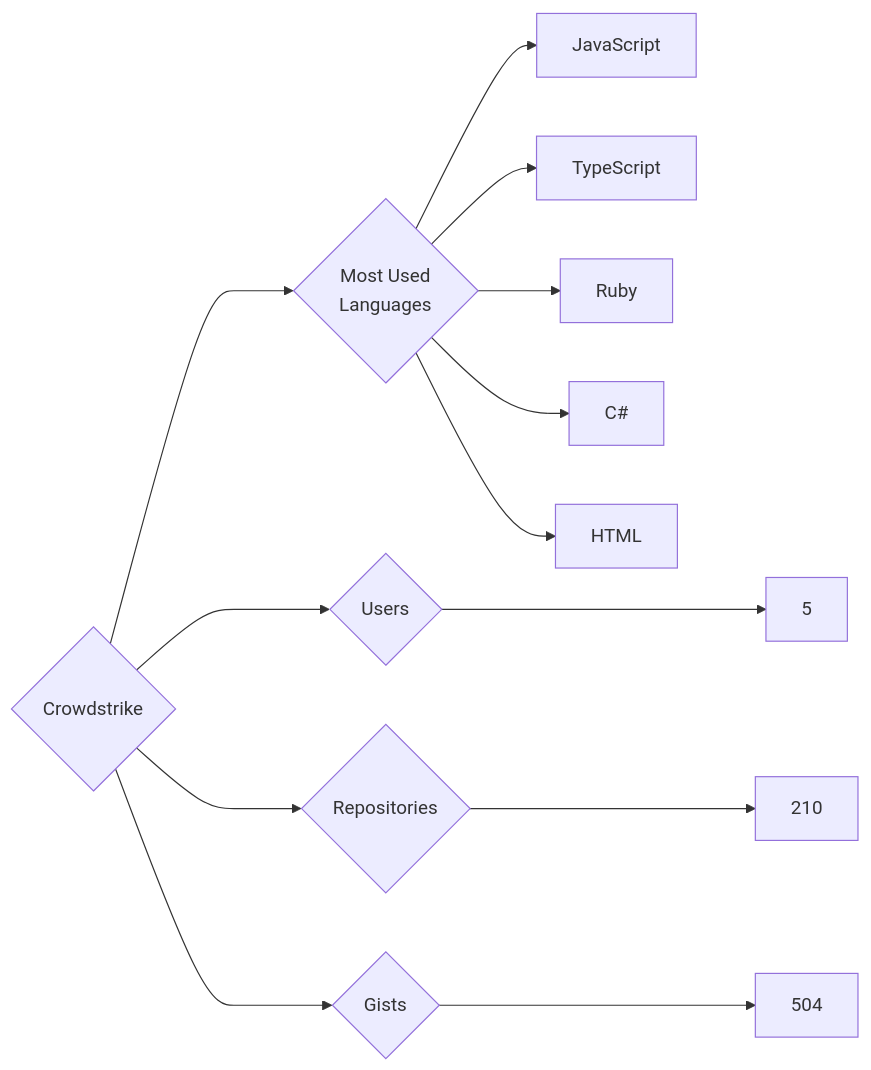
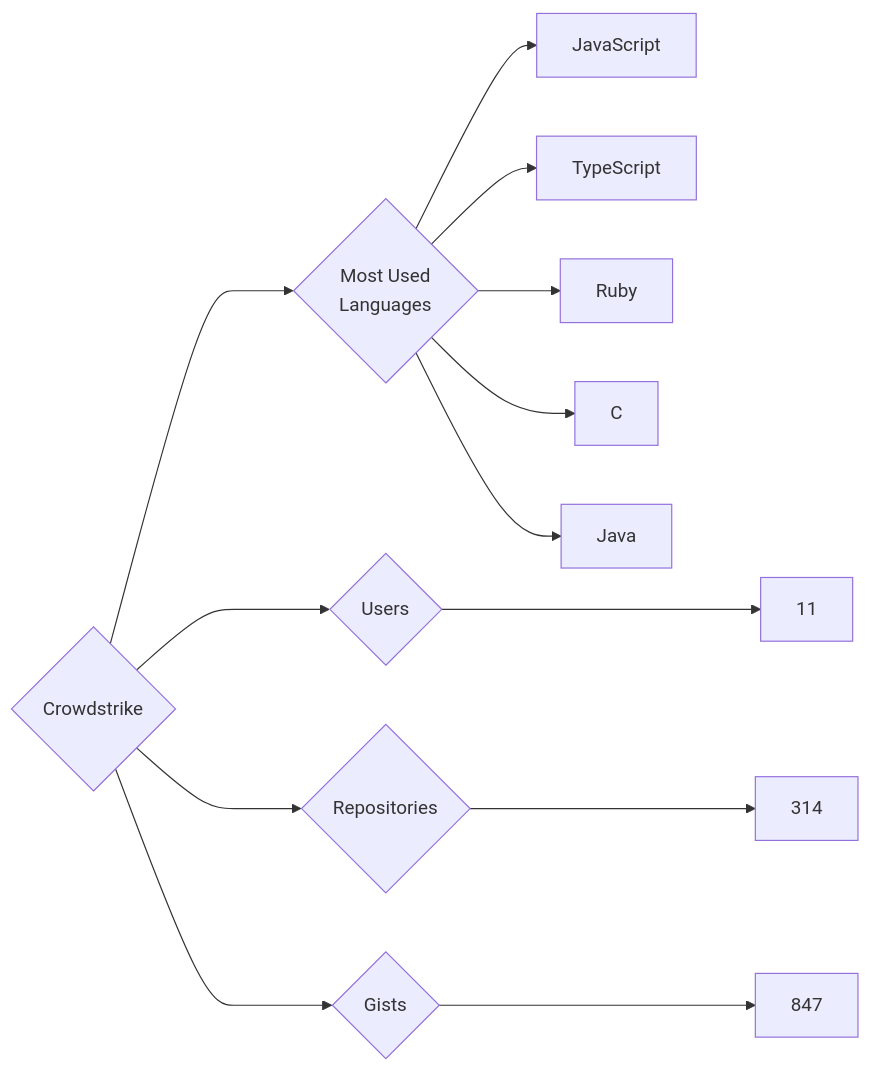
One commit to trickest/insiders changed the diagram in targets/Crowdstrike/README.md. Above: the diagram before and after it, drawn with Mermaid. The commit also changed 914 other files, not shown here.

````diff
--- a/targets/Crowdstrike/README.md
+++ b/targets/Crowdstrike/README.md
@@ -3,13 +3,13 @@
 ```mermaid
 graph LR
 COMPANY_NAME{Crowdstrike}
-COMPANY_NAME ---> U{Users} ---> UN[5]
-COMPANY_NAME ---> R{Repositories} ---> RN[210]
-COMPANY_NAME ---> G{Gists} ---> GN[504]
+COMPANY_NAME ---> U{Users} ---> UN[11]
+COMPANY_NAME ---> R{Repositories} ---> RN[314]
+COMPANY_NAME ---> G{Gists} ---> GN[847]
 COMPANY_NAME ---> ML{Most Used<br>Languages}
 ML --> JavaScript[JavaScript]
 ML --> TypeScript[TypeScript]
 ML --> Ruby[Ruby]
-ML --> C#[C#]
-ML --> HTML[HTML]
+ML --> C[C]
+ML --> Java[Java]
 ```
````
